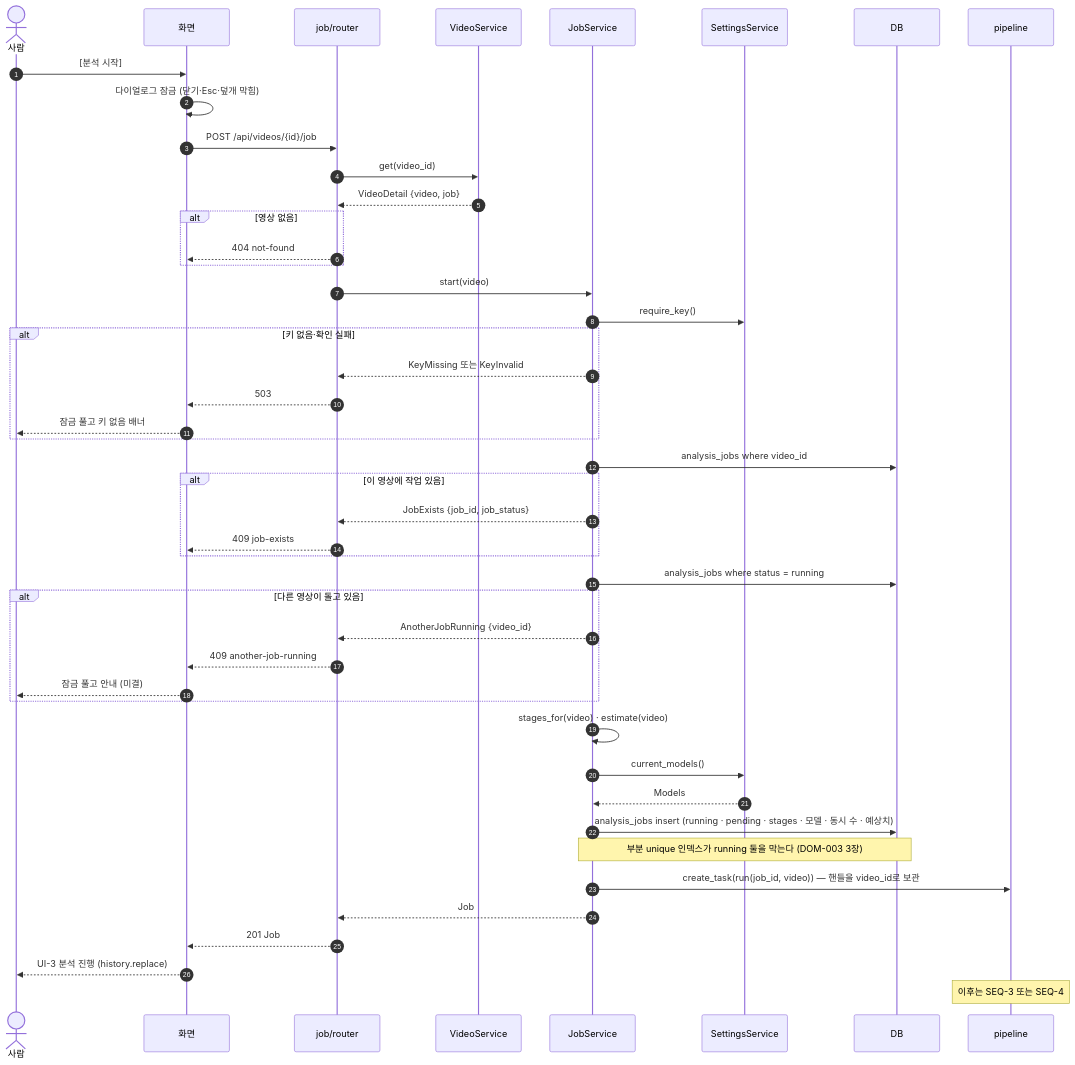
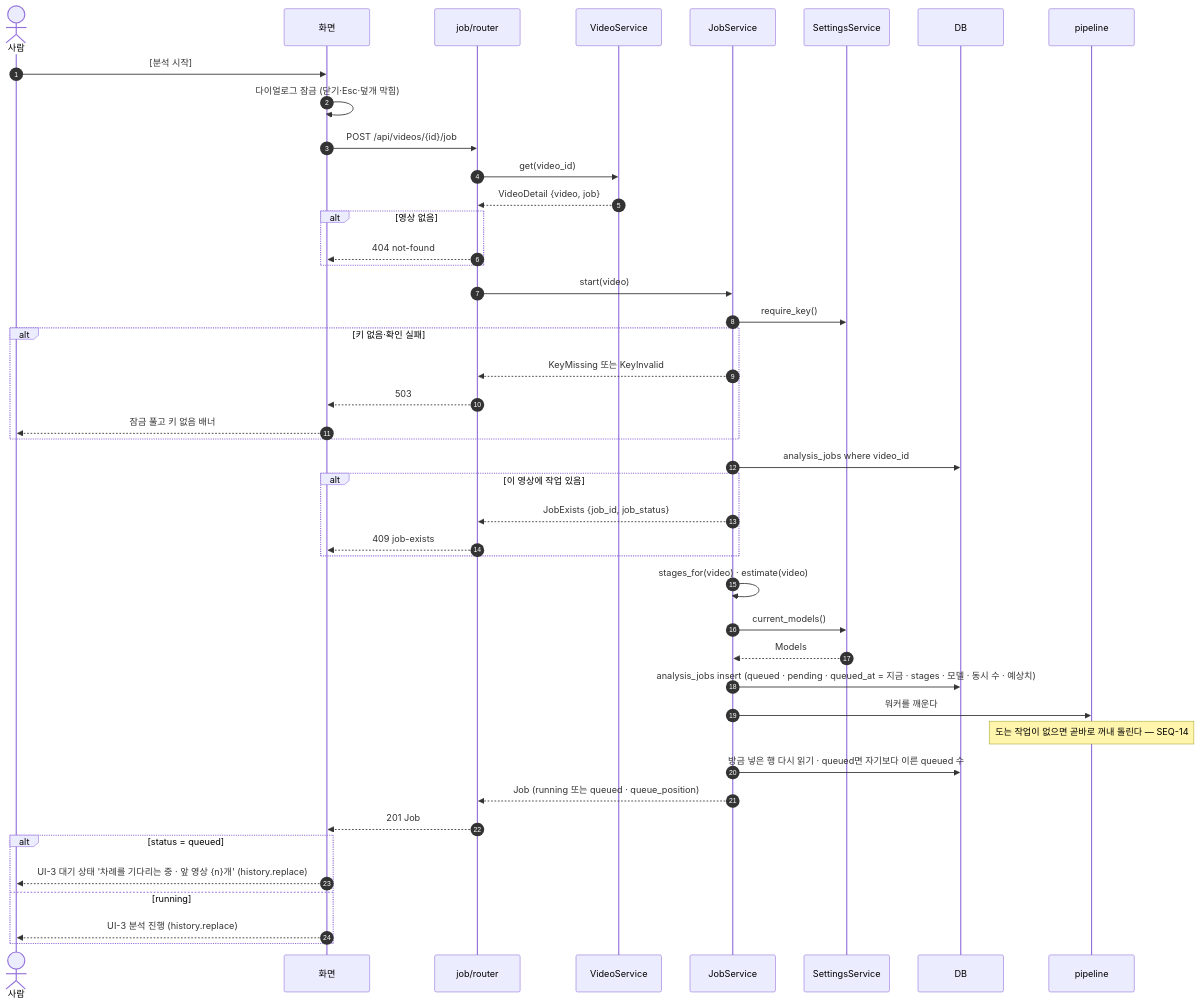
One commit to HoyoungParkme/video-agent changed the second of 15 diagrams in docs/specs/09-SEQ/VA-SEQ-001.md. Above: the diagram before and after it, drawn with Mermaid. The commit also changed other lines of this file, not shown here.

Commit message:
대기열 반영 — SEQ-2·6은 queued로 넣고 깨움, SEQ-14 워커 추가, SEQ-13 워커 띄움, SEQ-12 .env 저장. 되먹일 것 #7·#8

````diff
--- a/docs/specs/09-SEQ/VA-SEQ-001.md
+++ b/docs/specs/09-SEQ/VA-SEQ-001.md
@@ -192,49 +193,47 @@
 ```mermaid
 sequenceDiagram
     autonumber
     actor U as 사람
     participant W as 화면
     participant RJ as job/router
     participant VS as VideoService
     participant JS as JobService
     participant SS as SettingsService
     participant DB
     participant PL as pipeline
 
     U->>W: [분석 시작]
     W->>W: 다이얼로그 잠금 (닫기·Esc·덮개 막힘)
     W->>RJ: POST /api/videos/{id}/job
     RJ->>VS: get(video_id)
     VS-->>RJ: VideoDetail {video, job}
     alt 영상 없음
         RJ-->>W: 404 not-found
     end
     RJ->>JS: start(video)
     JS->>SS: require_key()
     alt 키 없음·확인 실패
         JS-->>RJ: KeyMissing 또는 KeyInvalid
         RJ-->>W: 503
         W-->>U: 잠금 풀고 키 없음 배너
     end
     JS->>DB: analysis_jobs where video_id
     alt 이 영상에 작업 있음
         JS-->>RJ: JobExists {job_id, job_status}
         RJ-->>W: 409 job-exists
     end
-    JS->>DB: analysis_jobs where status = running
-    alt 다른 영상이 돌고 있음
-        JS-->>RJ: AnotherJobRunning {video_id}
-        RJ-->>W: 409 another-job-running
-        W-->>U: 잠금 풀고 안내 (미결)
-    end
     JS->>JS: stages_for(video) · estimate(video)
     JS->>SS: current_models()
     SS-->>JS: Models
-    JS->>DB: analysis_jobs insert (running · pending · stages · 모델 · 동시 수 · 예상치)
-    Note over JS,DB: 부분 unique 인덱스가 running 둘을 막는다 (DOM-003 3장)
-    JS->>PL: create_task(run(job_id, video)) — 핸들을 video_id로 보관
-    JS-->>RJ: Job
+    JS->>DB: analysis_jobs insert (queued · pending · queued_at = 지금 · stages · 모델 · 동시 수 · 예상치)
+    JS->>PL: 워커를 깨운다
+    Note over PL: 도는 작업이 없으면 곧바로 꺼내 돌린다 — SEQ-14
+    JS->>DB: 방금 넣은 행 다시 읽기 · queued면 자기보다 이른 queued 수
+    JS-->>RJ: Job (running 또는 queued · queue_position)
     RJ-->>W: 201 Job
-    W-->>U: UI-3 분석 진행 (history.replace)
-    Note over PL: 이후는 SEQ-3 또는 SEQ-4
+    alt status = queued
+        W-->>U: UI-3 대기 상태 '차례를 기다리는 중 · 앞 영상 {n}개' (history.replace)
+    else running
+        W-->>U: UI-3 분석 진행 (history.replace)
+    end
 ```
````
